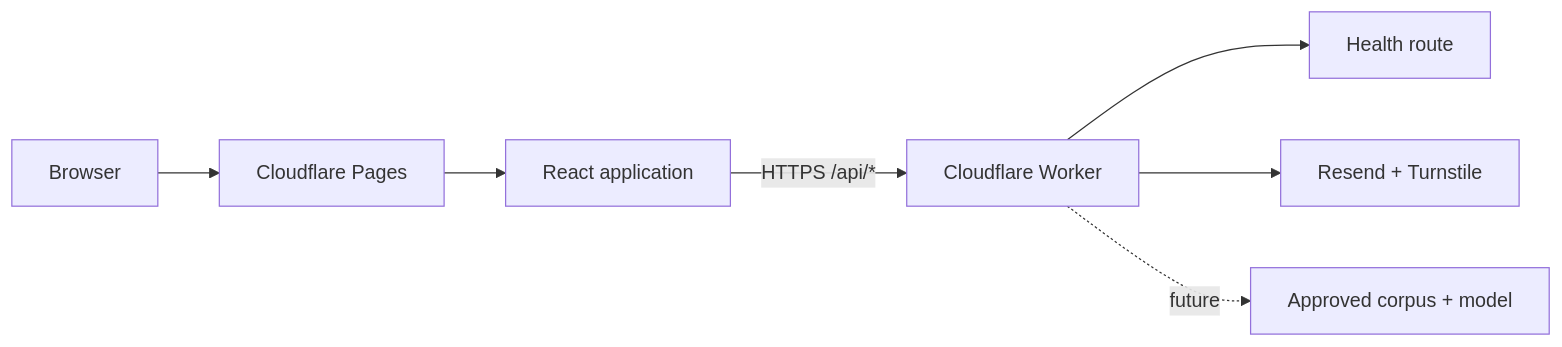
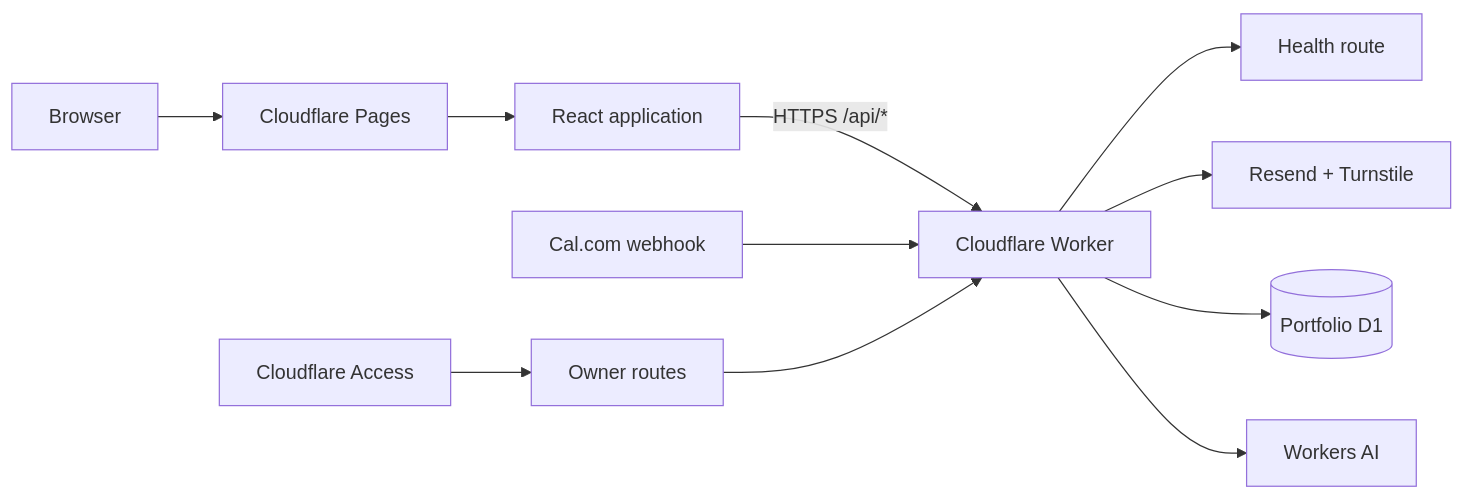
Before and after one commit to BrandenFarmerDev/branden-farmer-portfolio: the diagram in docs/architecture.md, drawn with Mermaid. The commit also changed other lines of this file and 68 other files, not shown here.

````diff
--- a/docs/architecture.md
+++ b/docs/architecture.md
@@ -11,9 +11,13 @@
 ```mermaid
 flowchart LR
   Visitor[Browser] --> Pages[Cloudflare Pages]
   Pages --> Frontend[React application]
   Frontend -->|HTTPS /api/*| Worker[Cloudflare Worker]
   Worker --> Health[Health route]
   Worker --> Contact[Resend + Turnstile]
-  Worker -. future .-> Assistant[Approved corpus + model]
+  Worker --> D1[(Portfolio D1)]
+  Worker --> AI[Workers AI]
+  Cal[Cal.com webhook] --> Worker
+  Access[Cloudflare Access] --> Owner[Owner routes]
+  Owner --> Worker
 ```
````
